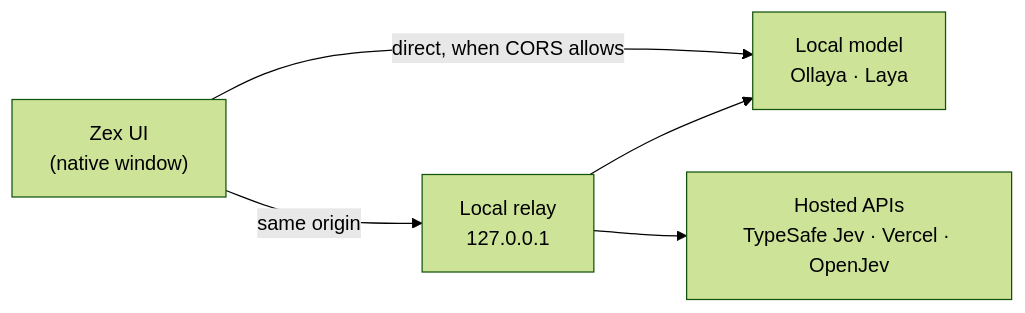
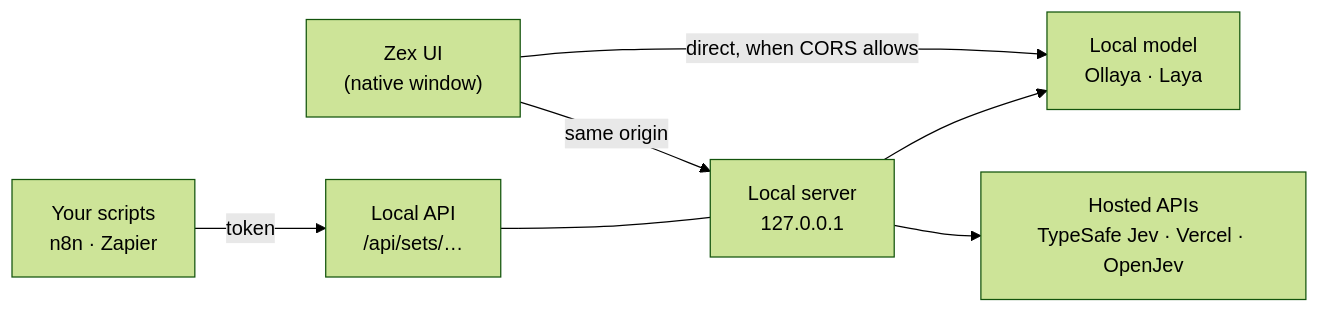
The diagram in README.md (mahdiarfrm/zex), drawn with Mermaid (forest theme) before and after one commit. The commit also changed other lines of this file and 21 other files, not shown here.

First line of the commit message:
Add question sets, file batches with accuracy checks, and a local API

````diff
--- a/README.md
+++ b/README.md
@@ -111,7 +153,9 @@
 ```mermaid
 flowchart LR
-  UI["Zex UI<br/>(native window)"] -->|same origin| R["Local relay<br/>127.0.0.1"]
+  UI["Zex UI<br/>(native window)"] -->|same origin| R["Local server<br/>127.0.0.1"]
+  S["Your scripts<br/>n8n · Zapier"] -->|token| A["Local API<br/>/api/sets/…"]
+  A --- R
   UI -->|direct, when CORS allows| L["Local model<br/>Ollaya · Laya"]
   R --> L
   R --> C["Hosted APIs<br/>TypeSafe Jev · Vercel · OpenJev"]
 ```
````
